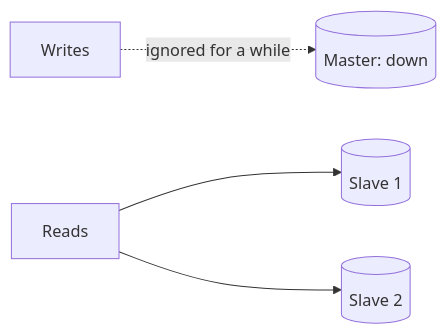
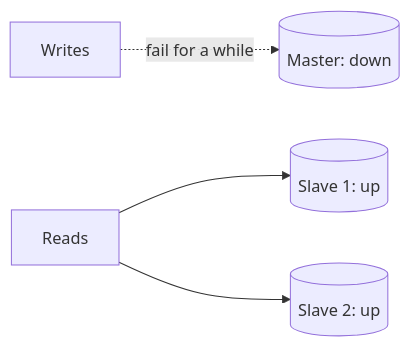
The sixth of 6 diagrams in dbms/21-master-slave.md (aaryan-pradhan/core-cs-fundamentals), drawn with Mermaid before and after one commit. The commit also changed other lines of this file, not shown here.

````diff
--- a/dbms/21-master-slave.md
+++ b/dbms/21-master-slave.md
@@ -100,6 +95,6 @@
-   ```mermaid
-   flowchart LR
-     W["Writes"] -. "ignored for a while" .-> M[("Master: down")]
-     R["Reads"] --> S1[("Slave 1")]
-     R --> S2[("Slave 2")]
-   ```
+```mermaid
+flowchart LR
+  W["Writes"] -. "fail for a while" .-> M[("Master: down")]
+  R["Reads"] --> S1[("Slave 1: up")]
+  R --> S2[("Slave 2: up")]
+```
````
